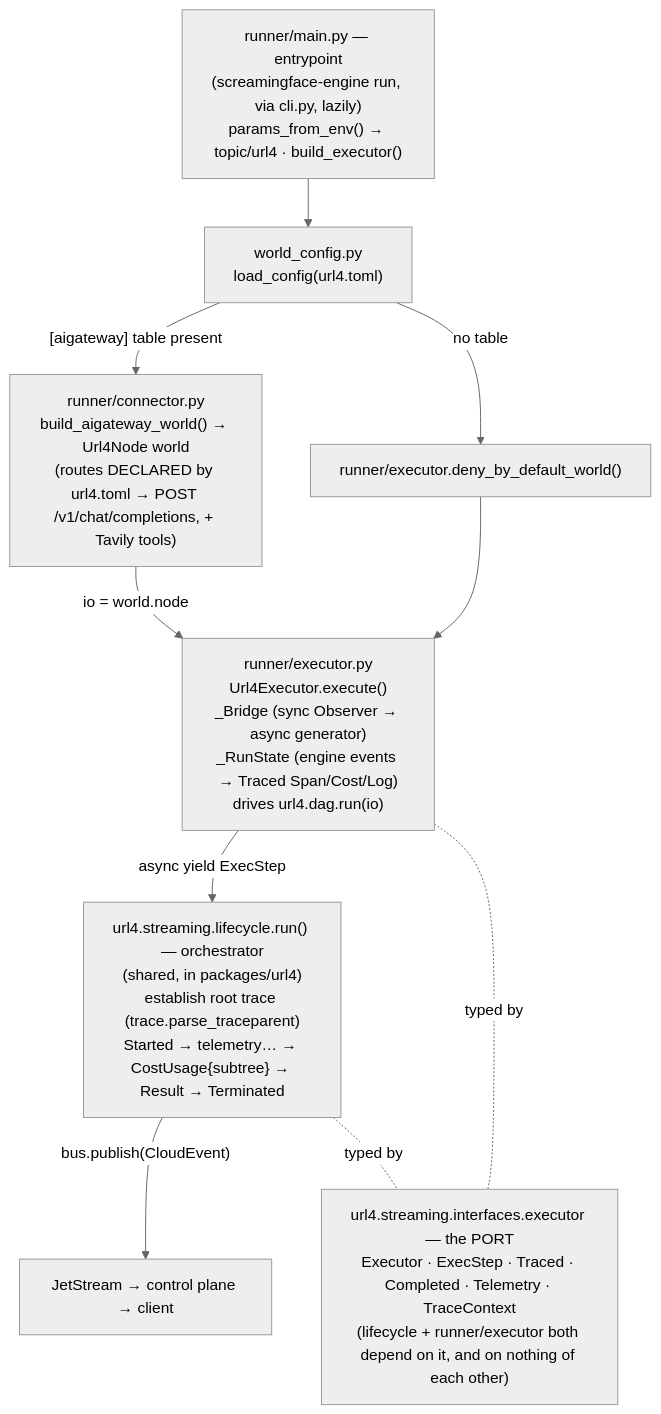
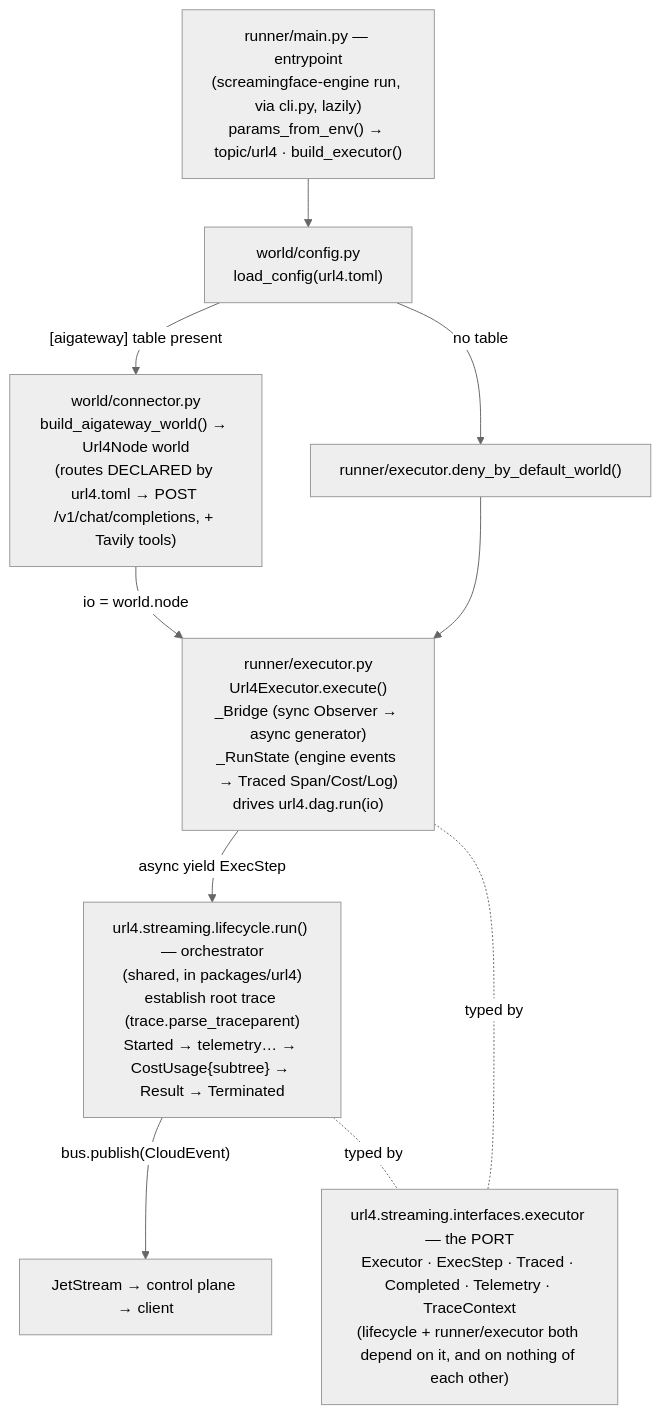
One commit to ScreamingFace/screamingface changed the second of 3 diagrams in apps/screamingface-engine/docs/execution-flow-diagrams.md. Above: the diagram before and after it, drawn with Mermaid (neutral theme). The commit also changed other lines of this file and 208 other files, not shown here.

````diff
--- a/apps/screamingface-engine/docs/execution-flow-diagrams.md
+++ b/apps/screamingface-engine/docs/execution-flow-diagrams.md
@@ -73,21 +73,21 @@
 ```mermaid
 flowchart TD
     main["runner/main.py — entrypoint<br>(screamingface-engine run, via cli.py, lazily)<br>params_from_env() → topic/url4 · build_executor()"]
-    config["world_config.py<br>load_config(url4.toml)"]
-    connector["runner/connector.py<br>build_aigateway_world() → Url4Node world<br>(routes DECLARED by url4.toml → POST /v1/chat/completions, + Tavily tools)"]
+    config["world/config.py<br>load_config(url4.toml)"]
+    connector["world/connector.py<br>build_aigateway_world() → Url4Node world<br>(routes DECLARED by url4.toml → POST /v1/chat/completions, + Tavily tools)"]
     deny["runner/executor.deny_by_default_world()"]
     executor["runner/executor.py<br>Url4Executor.execute()<br>_Bridge (sync Observer → async generator)<br>_RunState (engine events → Traced Span/Cost/Log)<br>drives url4.dag.run(io)"]
     lifecycle["url4.streaming.lifecycle.run() — orchestrator<br>(shared, in packages/url4)<br>establish root trace (trace.parse_traceparent)<br>Started → telemetry… → CostUsage{subtree} → Result → Terminated"]
     port["url4.streaming.interfaces.executor — the PORT<br>Executor · ExecStep · Traced · Completed · Telemetry · TraceContext<br>(lifecycle + runner/executor both depend on it, and on nothing of each other)"]
     downstream["JetStream → control plane → client"]
 
     main --> config
     config -->|"[aigateway] table present"| connector
     config -->|no table| deny
     connector -->|io = world.node| executor
     deny --> executor
     executor -->|async yield ExecStep| lifecycle
     lifecycle -->|"bus.publish(CloudEvent)"| downstream
     lifecycle -. typed by .- port
     executor -. typed by .- port
 ```
````
